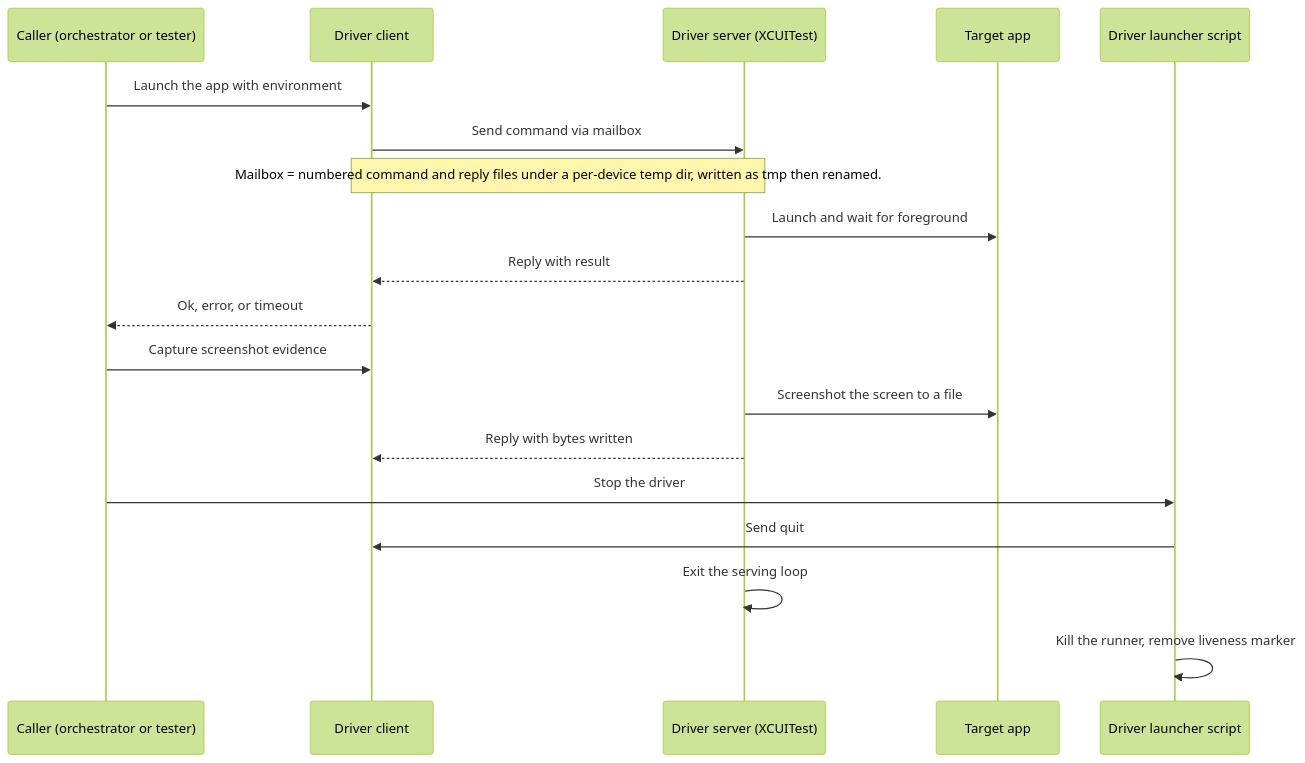
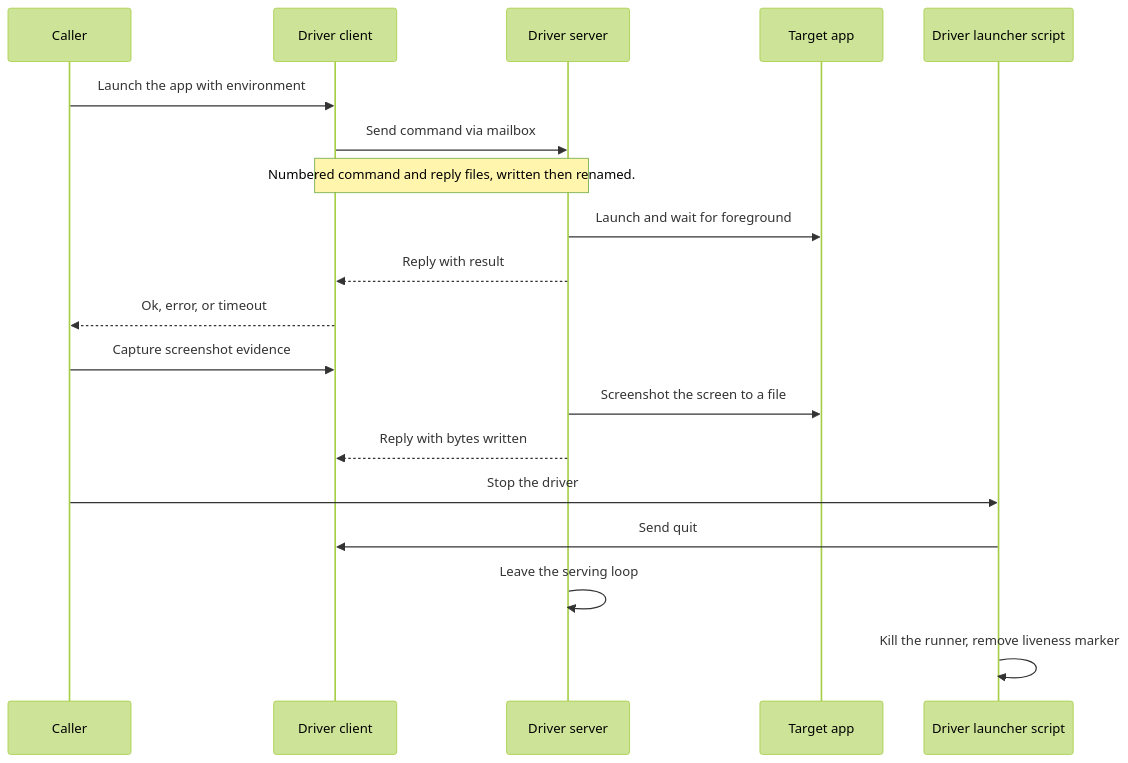
One commit to peterlit/quiller-claude-plugins changed diagram 28 of 33 in docs/architecture/qa-loop-tools.md. Above: the diagram before and after it, drawn with Mermaid (forest theme). The commit also changed other lines of this file and 5 other files, not shown here.

````diff
--- a/docs/architecture/qa-loop-tools.md
+++ b/docs/architecture/qa-loop-tools.md
@@ -770,21 +1153,21 @@
 ```mermaid
 sequenceDiagram
-    participant C as Caller (orchestrator or tester)
+    participant C as Caller
     participant DC as Driver client
-    participant DS as Driver server (XCUITest)
+    participant DS as Driver server
     participant APP as Target app
     participant LS as Driver launcher script
     C->>DC: Launch the app with environment
     DC->>DS: Send command via mailbox
-    Note over DC,DS: Mailbox = numbered command and reply files under a per-device temp dir, written as tmp then renamed.
+    Note over DC,DS: Numbered command and reply files, written then renamed.
     DS->>APP: Launch and wait for foreground
     DS-->>DC: Reply with result
     DC-->>C: Ok, error, or timeout
     C->>DC: Capture screenshot evidence
     DS->>APP: Screenshot the screen to a file
     DS-->>DC: Reply with bytes written
     C->>LS: Stop the driver
     LS->>DC: Send quit
-    DS->>DS: Exit the serving loop
+    DS->>DS: Leave the serving loop
     LS->>LS: Kill the runner, remove liveness marker
 ```
````
